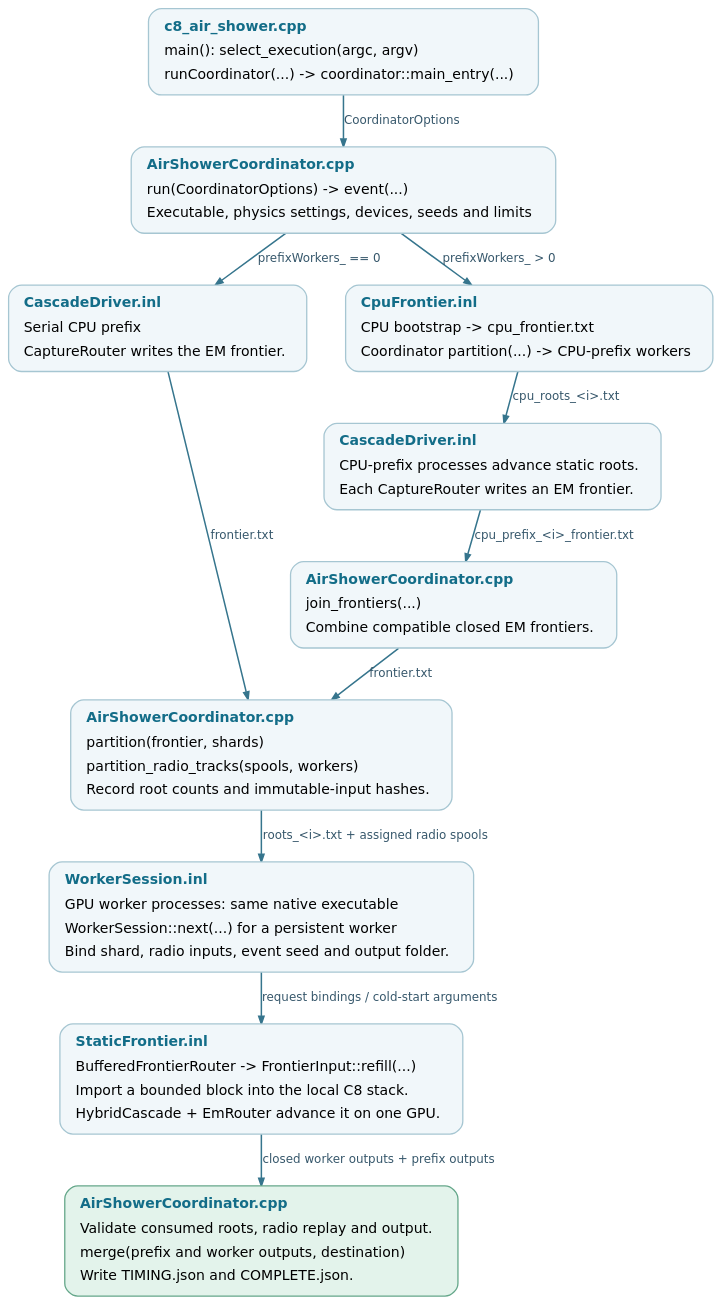
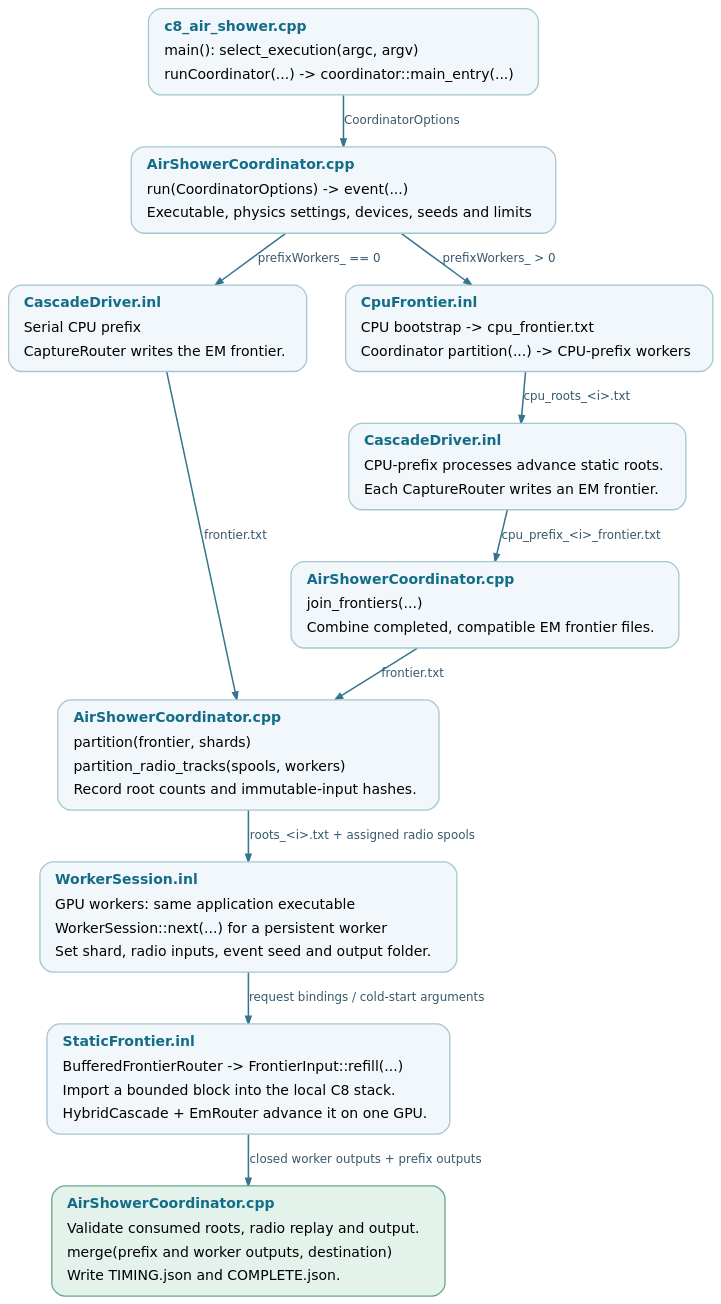
The diagram in _static/execution-coordinator-flow.dot (BossL668/CORSIKA8-kokkos), drawn with Graphviz before and after one commit. The commit also changed 44 other files, not shown here.

```diff
--- a/_static/execution-coordinator-flow.dot
+++ b/_static/execution-coordinator-flow.dot
@@ -1,31 +1,31 @@
 // Regenerate: dot -Tsvg execution-coordinator-flow.dot -o execution-coordinator-flow.svg
 // Source baseline: d5297c43c041a22b43c65c322d9b51bc7ec8e397
 digraph Flow {
   graph [rankdir=TB, bgcolor="transparent", pad="0.2", nodesep="0.5",
          ranksep="0.5", splines=spline, outputorder=edgesfirst];
   node [shape=box, style="rounded,filled", color="#a6c6d2", fillcolor="#f1f7fa",
         fontname="DejaVu Sans", fontsize=13, margin="0.14,0.10", penwidth=1.2];
   edge [color="#36758d", fontcolor="#36576b", fontname="DejaVu Sans",
         fontsize=11, penwidth=1.4, arrowsize=0.7];
   main [label=<<TABLE BORDER="0" CELLBORDER="0" CELLPADDING="4" CELLSPACING="0"><TR><TD ALIGN="LEFT" HREF="https://github.com/BossL668/CORSIKA8-kokkos/blob/d5297c43c041a22b43c65c322d9b51bc7ec8e397/applications/c8_air_shower.cpp#L176" TARGET="_blank"><FONT COLOR="#136d88"><B>c8_air_shower.cpp</B></FONT></TD></TR><TR><TD ALIGN="LEFT">main(): select_execution(argc, argv)</TD></TR><TR><TD ALIGN="LEFT">runCoordinator(...) -&gt; coordinator::main_entry(...)</TD></TR></TABLE>>];
   coord [label=<<TABLE BORDER="0" CELLBORDER="0" CELLPADDING="4" CELLSPACING="0"><TR><TD ALIGN="LEFT" HREF="https://github.com/BossL668/CORSIKA8-kokkos/blob/d5297c43c041a22b43c65c322d9b51bc7ec8e397/src/kokkos/scheduling/AirShowerCoordinator.cpp#L649" TARGET="_blank"><FONT COLOR="#136d88"><B>AirShowerCoordinator.cpp</B></FONT></TD></TR><TR><TD ALIGN="LEFT">run(CoordinatorOptions) -&gt; event(...)</TD></TR><TR><TD ALIGN="LEFT">Executable, physics settings, devices, seeds and limits</TD></TR></TABLE>>];
   serial [label=<<TABLE BORDER="0" CELLBORDER="0" CELLPADDING="4" CELLSPACING="0"><TR><TD ALIGN="LEFT" HREF="https://github.com/BossL668/CORSIKA8-kokkos/blob/d5297c43c041a22b43c65c322d9b51bc7ec8e397/corsika/detail/kokkos/application/cascade/CascadeDriver.inl#L60" TARGET="_blank"><FONT COLOR="#136d88"><B>CascadeDriver.inl</B></FONT></TD></TR><TR><TD ALIGN="LEFT">Serial CPU prefix</TD></TR><TR><TD ALIGN="LEFT">CaptureRouter writes the EM frontier.</TD></TR></TABLE>>];
   bootstrap [label=<<TABLE BORDER="0" CELLBORDER="0" CELLPADDING="4" CELLSPACING="0"><TR><TD ALIGN="LEFT" HREF="https://github.com/BossL668/CORSIKA8-kokkos/blob/d5297c43c041a22b43c65c322d9b51bc7ec8e397/corsika/detail/kokkos/scheduling/CpuFrontier.inl" TARGET="_blank"><FONT COLOR="#136d88"><B>CpuFrontier.inl</B></FONT></TD></TR><TR><TD ALIGN="LEFT">CPU bootstrap -&gt; cpu_frontier.txt</TD></TR><TR><TD ALIGN="LEFT">Coordinator partition(...) -&gt; CPU-prefix workers</TD></TR></TABLE>>];
   cpus [label=<<TABLE BORDER="0" CELLBORDER="0" CELLPADDING="4" CELLSPACING="0"><TR><TD ALIGN="LEFT" HREF="https://github.com/BossL668/CORSIKA8-kokkos/blob/d5297c43c041a22b43c65c322d9b51bc7ec8e397/corsika/detail/kokkos/application/cascade/CascadeDriver.inl#L60" TARGET="_blank"><FONT COLOR="#136d88"><B>CascadeDriver.inl</B></FONT></TD></TR><TR><TD ALIGN="LEFT">CPU-prefix processes advance static roots.</TD></TR><TR><TD ALIGN="LEFT">Each CaptureRouter writes an EM frontier.</TD></TR></TABLE>>];
-  join [label=<<TABLE BORDER="0" CELLBORDER="0" CELLPADDING="4" CELLSPACING="0"><TR><TD ALIGN="LEFT" HREF="https://github.com/BossL668/CORSIKA8-kokkos/blob/d5297c43c041a22b43c65c322d9b51bc7ec8e397/src/kokkos/scheduling/AirShowerCoordinator.cpp#L478" TARGET="_blank"><FONT COLOR="#136d88"><B>AirShowerCoordinator.cpp</B></FONT></TD></TR><TR><TD ALIGN="LEFT">join_frontiers(...)</TD></TR><TR><TD ALIGN="LEFT">Combine compatible closed EM frontiers.</TD></TR></TABLE>>];
+  join [label=<<TABLE BORDER="0" CELLBORDER="0" CELLPADDING="4" CELLSPACING="0"><TR><TD ALIGN="LEFT" HREF="https://github.com/BossL668/CORSIKA8-kokkos/blob/d5297c43c041a22b43c65c322d9b51bc7ec8e397/src/kokkos/scheduling/AirShowerCoordinator.cpp#L478" TARGET="_blank"><FONT COLOR="#136d88"><B>AirShowerCoordinator.cpp</B></FONT></TD></TR><TR><TD ALIGN="LEFT">join_frontiers(...)</TD></TR><TR><TD ALIGN="LEFT">Combine completed, compatible EM frontier files.</TD></TR></TABLE>>];
   partition [label=<<TABLE BORDER="0" CELLBORDER="0" CELLPADDING="4" CELLSPACING="0"><TR><TD ALIGN="LEFT" HREF="https://github.com/BossL668/CORSIKA8-kokkos/blob/d5297c43c041a22b43c65c322d9b51bc7ec8e397/src/kokkos/scheduling/AirShowerCoordinator.cpp#L485" TARGET="_blank"><FONT COLOR="#136d88"><B>AirShowerCoordinator.cpp</B></FONT></TD></TR><TR><TD ALIGN="LEFT">partition(frontier, shards)</TD></TR><TR><TD ALIGN="LEFT">partition_radio_tracks(spools, workers)</TD></TR><TR><TD ALIGN="LEFT">Record root counts and immutable-input hashes.</TD></TR></TABLE>>];
-  worker [label=<<TABLE BORDER="0" CELLBORDER="0" CELLPADDING="4" CELLSPACING="0"><TR><TD ALIGN="LEFT" HREF="https://github.com/BossL668/CORSIKA8-kokkos/blob/d5297c43c041a22b43c65c322d9b51bc7ec8e397/corsika/detail/kokkos/application/cascade/WorkerSession.inl#L107" TARGET="_blank"><FONT COLOR="#136d88"><B>WorkerSession.inl</B></FONT></TD></TR><TR><TD ALIGN="LEFT">GPU worker processes: same native executable</TD></TR><TR><TD ALIGN="LEFT">WorkerSession::next(...) for a persistent worker</TD></TR><TR><TD ALIGN="LEFT">Bind shard, radio inputs, event seed and output folder.</TD></TR></TABLE>>];
+  worker [label=<<TABLE BORDER="0" CELLBORDER="0" CELLPADDING="4" CELLSPACING="0"><TR><TD ALIGN="LEFT" HREF="https://github.com/BossL668/CORSIKA8-kokkos/blob/d5297c43c041a22b43c65c322d9b51bc7ec8e397/corsika/detail/kokkos/application/cascade/WorkerSession.inl#L107" TARGET="_blank"><FONT COLOR="#136d88"><B>WorkerSession.inl</B></FONT></TD></TR><TR><TD ALIGN="LEFT">GPU workers: same application executable</TD></TR><TR><TD ALIGN="LEFT">WorkerSession::next(...) for a persistent worker</TD></TR><TR><TD ALIGN="LEFT">Set shard, radio inputs, event seed and output folder.</TD></TR></TABLE>>];
   feed [label=<<TABLE BORDER="0" CELLBORDER="0" CELLPADDING="4" CELLSPACING="0"><TR><TD ALIGN="LEFT" HREF="https://github.com/BossL668/CORSIKA8-kokkos/blob/d5297c43c041a22b43c65c322d9b51bc7ec8e397/corsika/detail/kokkos/scheduling/StaticFrontier.inl#L247" TARGET="_blank"><FONT COLOR="#136d88"><B>StaticFrontier.inl</B></FONT></TD></TR><TR><TD ALIGN="LEFT">BufferedFrontierRouter -&gt; FrontierInput::refill(...)</TD></TR><TR><TD ALIGN="LEFT">Import a bounded block into the local C8 stack.</TD></TR><TR><TD ALIGN="LEFT">HybridCascade + EmRouter advance it on one GPU.</TD></TR></TABLE>>];
   merge [fillcolor="#e3f3eb", color="#65a78a", label=<<TABLE BORDER="0" CELLBORDER="0" CELLPADDING="4" CELLSPACING="0"><TR><TD ALIGN="LEFT" HREF="https://github.com/BossL668/CORSIKA8-kokkos/blob/d5297c43c041a22b43c65c322d9b51bc7ec8e397/src/kokkos/scheduling/AirShowerCoordinator.cpp#L587" TARGET="_blank"><FONT COLOR="#136d88"><B>AirShowerCoordinator.cpp</B></FONT></TD></TR><TR><TD ALIGN="LEFT">Validate consumed roots, radio replay and output.</TD></TR><TR><TD ALIGN="LEFT">merge(prefix and worker outputs, destination)</TD></TR><TR><TD ALIGN="LEFT">Write TIMING.json and COMPLETE.json.</TD></TR></TABLE>>];
   main -> coord [label="CoordinatorOptions"];
   { rank=same; serial; bootstrap; }
   coord -> serial [label="prefixWorkers_ == 0"];
   coord -> bootstrap [label="prefixWorkers_ > 0"];
   bootstrap -> cpus [label="cpu_roots_<i>.txt"];
   cpus -> join [label="cpu_prefix_<i>_frontier.txt"];
   serial -> partition [label="frontier.txt"];
   join -> partition [label="frontier.txt"];
   partition -> worker [label="roots_<i>.txt + assigned radio spools"];
   worker -> feed [label="request bindings / cold-start arguments"];
   feed -> merge [label="closed worker outputs + prefix outputs"];
 }
```
